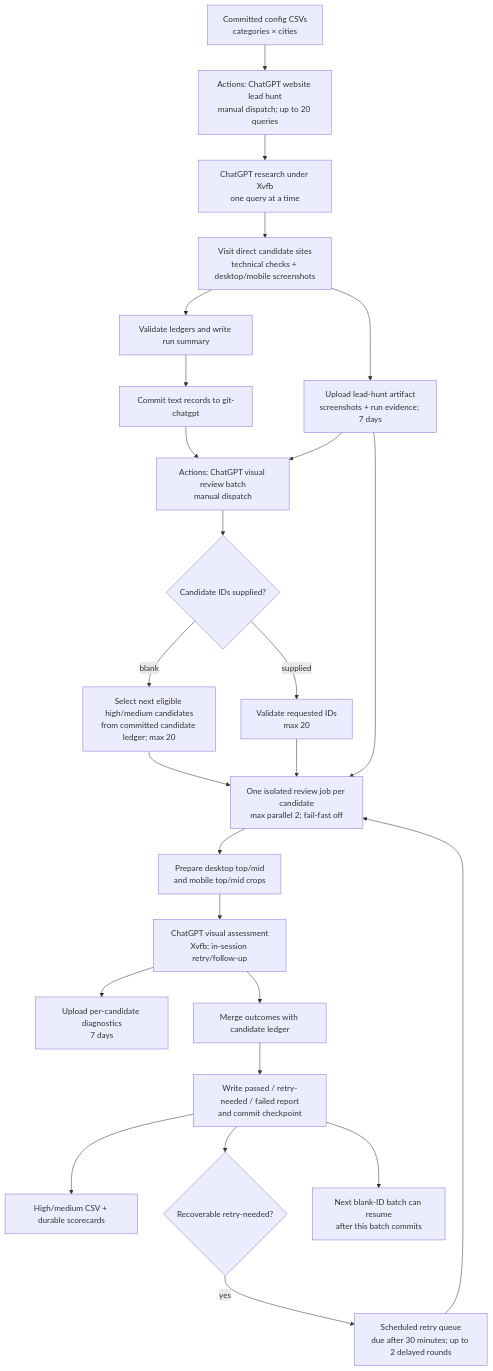
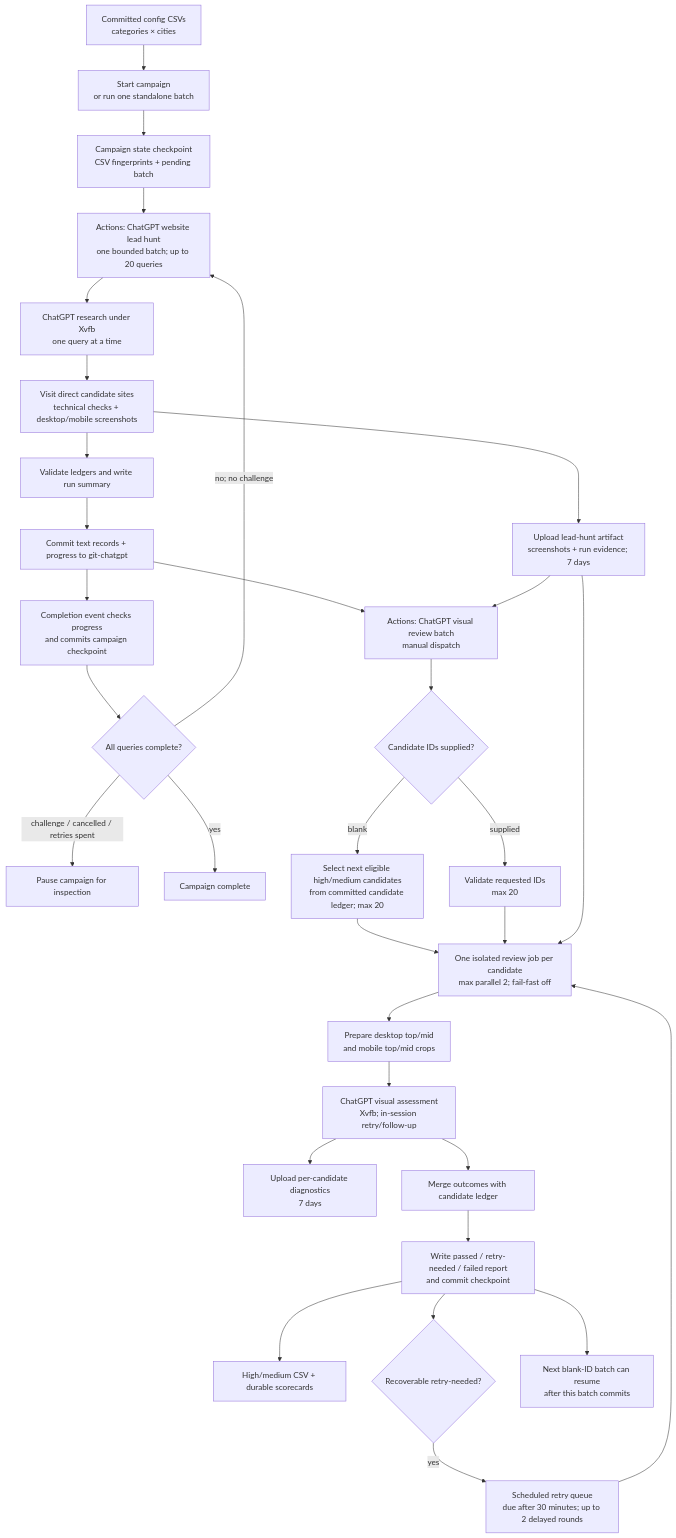
One commit to hometownredesignsites/website-lead-hunting changed the diagram in README.md. Above: the diagram before and after it, drawn with Mermaid. The commit also changed other lines of this file and 4 other files, not shown here.

Commit message:
Add resumable lead-hunt campaign coordinator

````diff
--- a/README.md
+++ b/README.md
@@ -22,27 +26,34 @@
 ```mermaid
 flowchart TD
-    A[Committed config CSVs<br/>categories × cities] --> B[Actions: ChatGPT website lead hunt<br/>manual dispatch; up to 20 queries]
-    B --> C[ChatGPT research under Xvfb<br/>one query at a time]
-    C --> D[Visit direct candidate sites<br/>technical checks + desktop/mobile screenshots]
-    D --> E[Validate ledgers and write run summary]
-    E --> F[Commit text records to git-chatgpt]
-    D --> G[Upload lead-hunt artifact<br/>screenshots + run evidence; 7 days]
-    F --> H[Actions: ChatGPT visual review batch<br/>manual dispatch]
-    G --> H
-    H --> I{Candidate IDs supplied?}
-    I -- blank --> J[Select next eligible high/medium candidates<br/>from committed candidate ledger; max 20]
-    I -- supplied --> K[Validate requested IDs<br/>max 20]
-    J --> L[One isolated review job per candidate<br/>max parallel 2; fail-fast off]
-    K --> L
-    G --> L
-    L --> M[Prepare desktop top/mid<br/>and mobile top/mid crops]
-    M --> N[ChatGPT visual assessment<br/>Xvfb; in-session retry/follow-up]
-    N --> O[Upload per-candidate diagnostics<br/>7 days]
-    N --> P[Merge outcomes with candidate ledger]
-    P --> Q[Write passed / retry-needed / failed report<br/>and commit checkpoint]
-    Q --> R[High/medium CSV + durable scorecards]
-    Q --> S{Recoverable retry-needed?}
-    S -- yes --> T[Scheduled retry queue<br/>due after 30 minutes; up to 2 delayed rounds]
-    T --> L
-    Q --> U[Next blank-ID batch can resume<br/>after this batch commits]
+    A[Committed config CSVs<br/>categories × cities] --> B[Start campaign<br/>or run one standalone batch]
+    B --> C[Campaign state checkpoint<br/>CSV fingerprints + pending batch]
+    C --> D[Actions: ChatGPT website lead hunt<br/>one bounded batch; up to 20 queries]
+    D --> E[ChatGPT research under Xvfb<br/>one query at a time]
+    E --> F[Visit direct candidate sites<br/>technical checks + desktop/mobile screenshots]
+    F --> G[Validate ledgers and write run summary]
+    G --> H[Commit text records + progress to git-chatgpt]
+    F --> I[Upload lead-hunt artifact<br/>screenshots + run evidence; 7 days]
+    H --> J[Completion event checks progress<br/>and commits campaign checkpoint]
+    J --> K{All queries complete?}
+    K -- no; no challenge --> D
+    K -- challenge / cancelled / retries spent --> L[Pause campaign for inspection]
+    K -- yes --> M[Campaign complete]
+    H --> N[Actions: ChatGPT visual review batch<br/>manual dispatch]
+    I --> N
+    N --> O{Candidate IDs supplied?}
+    O -- blank --> P[Select next eligible high/medium candidates<br/>from committed candidate ledger; max 20]
+    O -- supplied --> Q[Validate requested IDs<br/>max 20]
+    P --> R[One isolated review job per candidate<br/>max parallel 2; fail-fast off]
+    Q --> R
+    I --> R
+    R --> S[Prepare desktop top/mid<br/>and mobile top/mid crops]
+    S --> T[ChatGPT visual assessment<br/>Xvfb; in-session retry/follow-up]
+    T --> U[Upload per-candidate diagnostics<br/>7 days]
+    T --> V[Merge outcomes with candidate ledger]
+    V --> W[Write passed / retry-needed / failed report<br/>and commit checkpoint]
+    W --> X[High/medium CSV + durable scorecards]
+    W --> Y{Recoverable retry-needed?}
+    Y -- yes --> Z[Scheduled retry queue<br/>due after 30 minutes; up to 2 delayed rounds]
+    Z --> R
+    W --> AA[Next blank-ID batch can resume<br/>after this batch commits]
 ```
````
